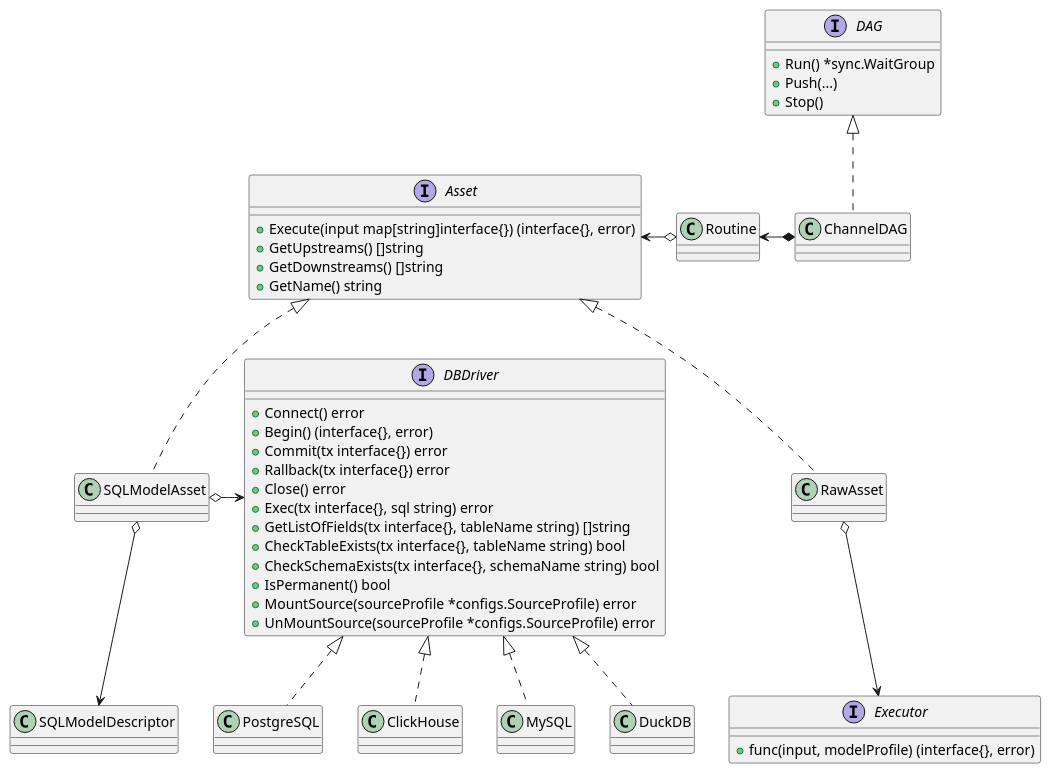
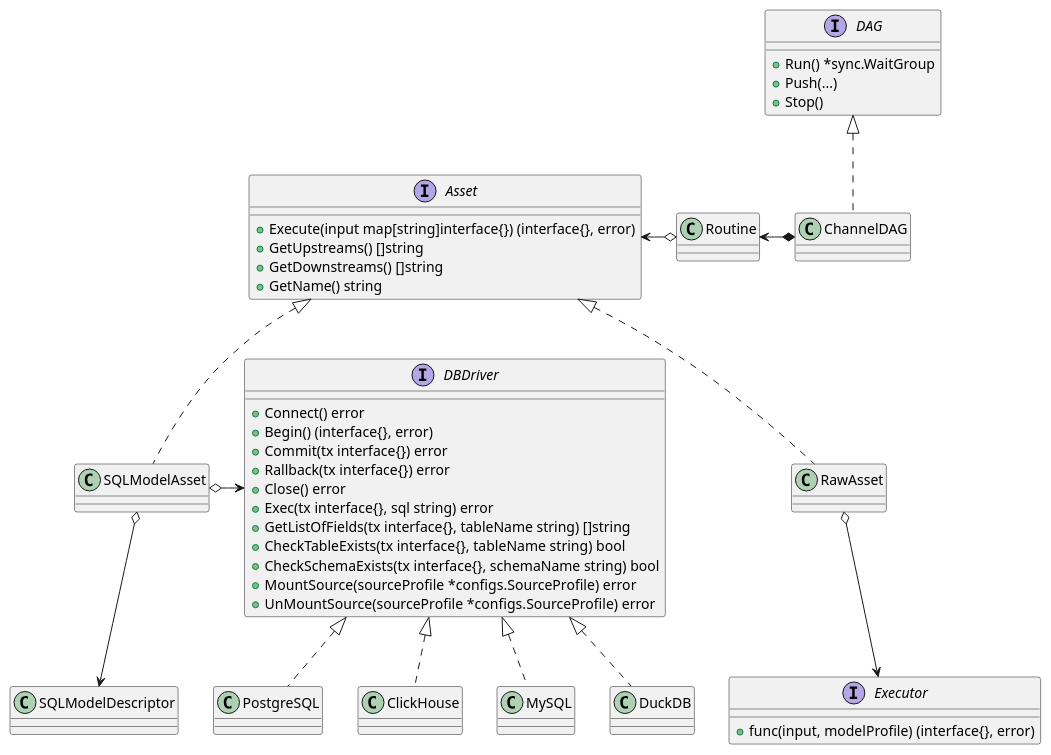
Before and after one commit to go-teal/teal: the diagram in docs/classes.wsd, drawn with PlantUML. The commit also changed 11 other files, not shown here.

```diff
--- a/docs/classes.wsd
+++ b/docs/classes.wsd
@@ -1,56 +1,55 @@
 @startuml
 
 interface Asset {
     +Execute(input map[string]interface{}) (interface{}, error)
 	+GetUpstreams() []string
 	+GetDownstreams() []string
 	+GetName() string
 }
 
 Class SQLModelAsset
 Interface DBDriver {
 	+Connect() error
 	+Begin() (interface{}, error)
 	+Commit(tx interface{}) error
 	+Rallback(tx interface{}) error
 	+Close() error
 	+Exec(tx interface{}, sql string) error
 	+GetListOfFields(tx interface{}, tableName string) []string
 	+CheckTableExists(tx interface{}, tableName string) bool
 	+CheckSchemaExists(tx interface{}, schemaName string) bool
-	+IsPermanent() bool
 	+MountSource(sourceProfile *configs.SourceProfile) error
 	+UnMountSource(sourceProfile *configs.SourceProfile) error
 }
 
 Class DuckDB
 Class PostgreSQL
 Class ClickHouse
 Class MySQL
 Class SQLModelDescriptor
 Interface DAG {
     +Run() *sync.WaitGroup
 	+Push(...)
 	+Stop()
 }
 
 Interface Executor{
 	+func(input, modelProfile) (interface{}, error)
 }
 
 class Routine
 
 SQLModelAsset .up.|> Asset
 RawAsset .up.|> Asset
 SQLModelAsset o-right-> DBDriver
 SQLModelAsset o--> SQLModelDescriptor
 RawAsset o--> Executor
 DuckDB .up.|> DBDriver
 PostgreSQL .up.|> DBDriver
 ClickHouse .up.|> DBDriver
 MySQL .up.|> DBDriver
 
 ChannelDAG .up.|> DAG 
 ChannelDAG *-left->Routine 
 Routine o-left->Asset
 @enduml
```
